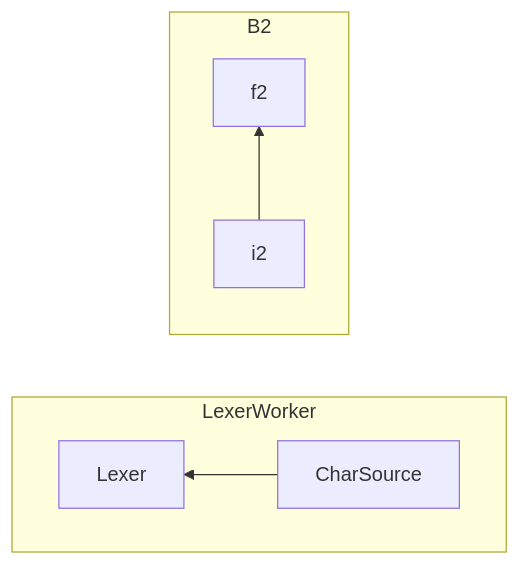
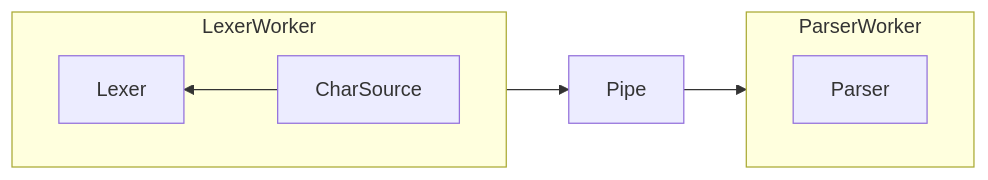
The diagram in README.md (Ramzeeset/Expression-Parser), drawn with Mermaid before and after one commit.

````diff
--- a/README.md
+++ b/README.md
@@ -7,12 +7,13 @@
 ```mermaid
 flowchart LR
     direction TB
     subgraph LexerWorker
         direction RL
         CharSource-->Lexer
     end
-    subgraph B2
-        direction BT
-        i2 -->f2
+    subgraph ParserWorker
+        direction RL
+        Parser
     end
+    LexerWorker-->Pipe-->ParserWorker
 ```
````
